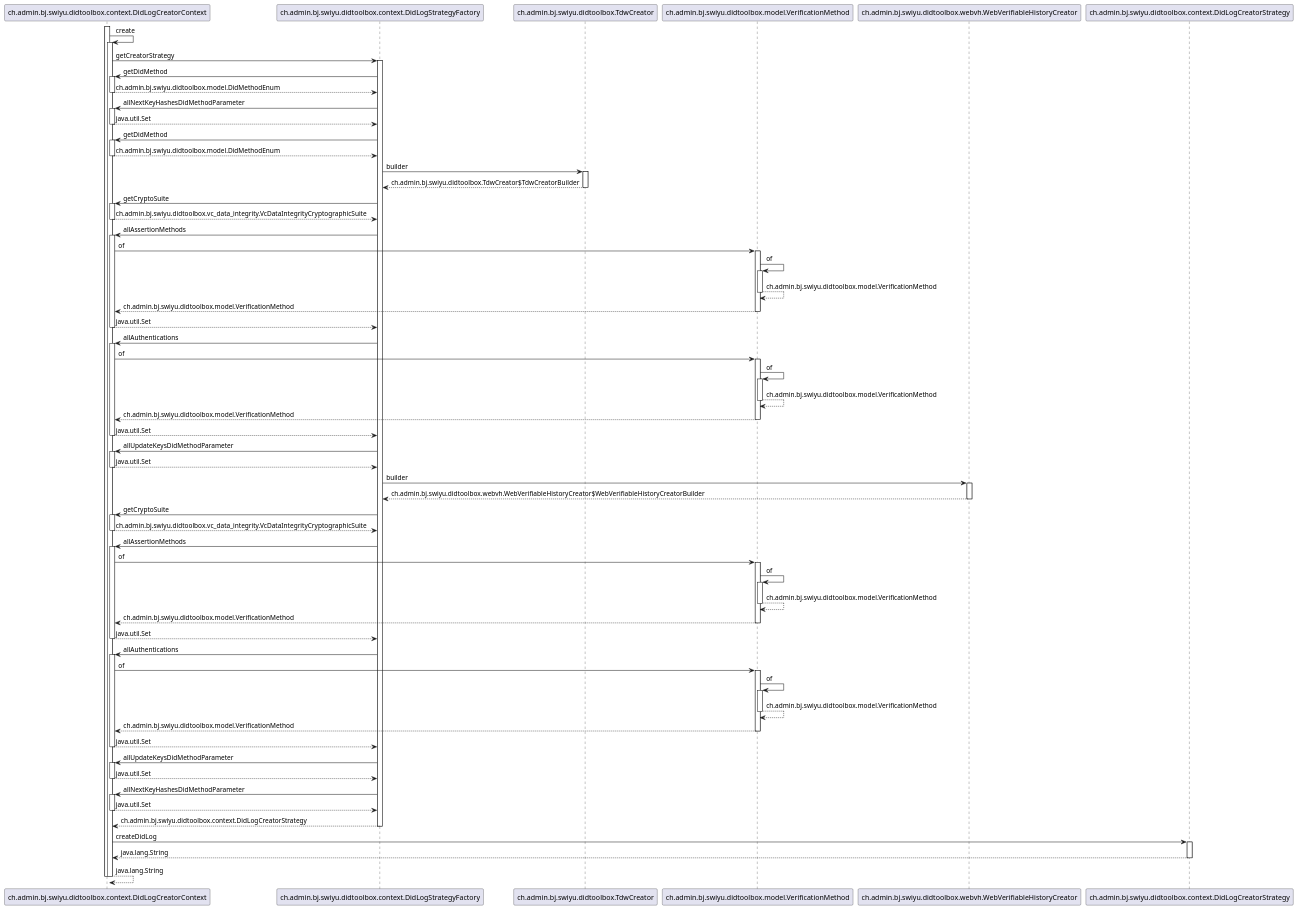
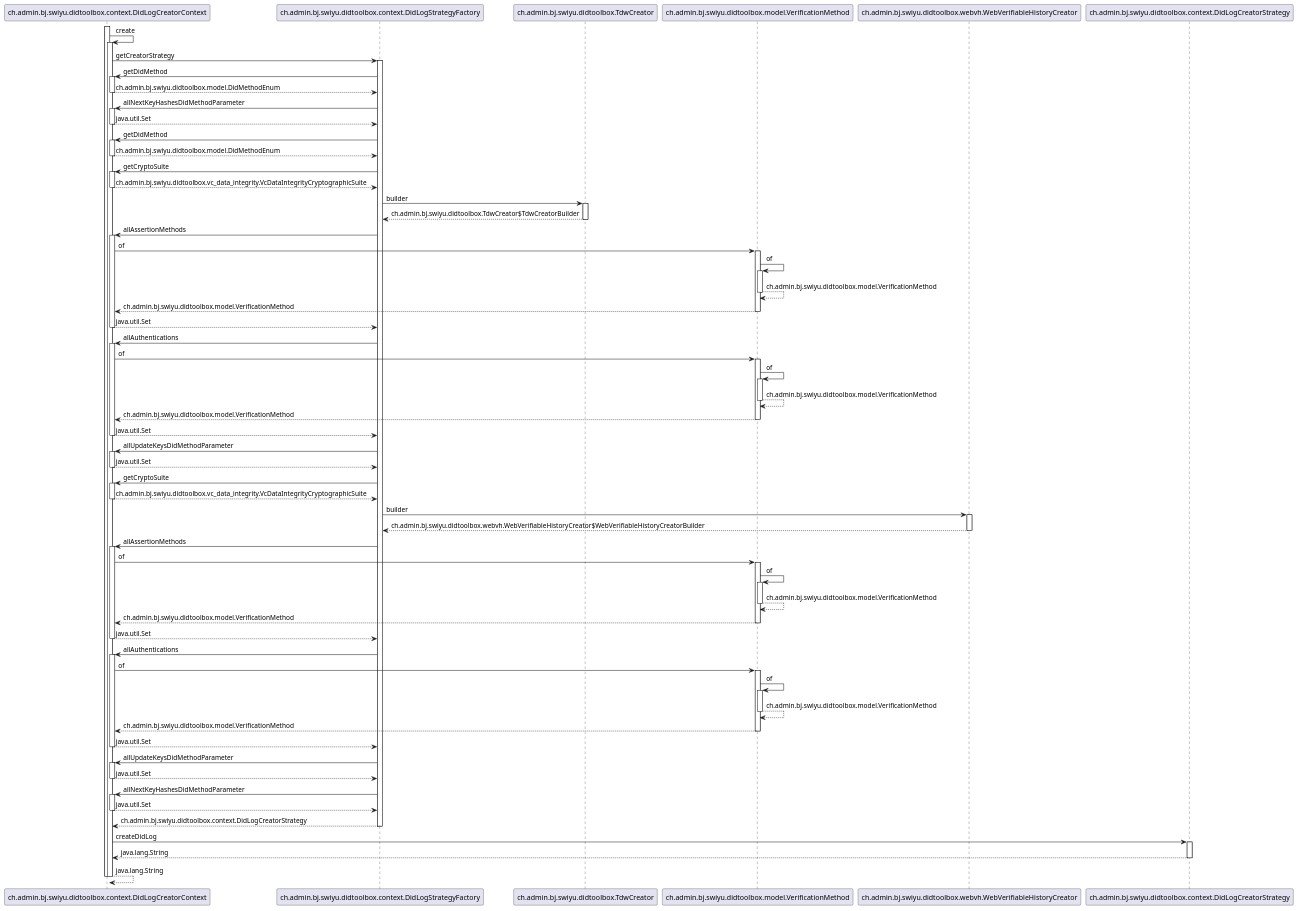
Before and after one commit to swiyu-admin-ch/didtoolbox-java: the diagram in src/main/plantuml/DidLogCreatorContext-create.puml, drawn with PlantUML. The commit also changed other lines of this file and 11 other files, not shown here.

```diff
--- a/src/main/plantuml/DidLogCreatorContext-create.puml
+++ b/src/main/plantuml/DidLogCreatorContext-create.puml
@@ -2,113 +2,113 @@
 @startuml
 
 participant ch.admin.bj.swiyu.didtoolbox.context.DidLogCreatorContext
 participant ch.admin.bj.swiyu.didtoolbox.context.DidLogStrategyFactory
 participant ch.admin.bj.swiyu.didtoolbox.TdwCreator
 participant ch.admin.bj.swiyu.didtoolbox.model.VerificationMethod
 participant ch.admin.bj.swiyu.didtoolbox.webvh.WebVerifiableHistoryCreator
 participant ch.admin.bj.swiyu.didtoolbox.context.DidLogCreatorStrategy
 
 activate ch.admin.bj.swiyu.didtoolbox.context.DidLogCreatorContext
 	ch.admin.bj.swiyu.didtoolbox.context.DidLogCreatorContext -> ch.admin.bj.swiyu.didtoolbox.context.DidLogCreatorContext : create
 	activate ch.admin.bj.swiyu.didtoolbox.context.DidLogCreatorContext
 		ch.admin.bj.swiyu.didtoolbox.context.DidLogCreatorContext -> ch.admin.bj.swiyu.didtoolbox.context.DidLogStrategyFactory : getCreatorStrategy
 		activate ch.admin.bj.swiyu.didtoolbox.context.DidLogStrategyFactory
 			ch.admin.bj.swiyu.didtoolbox.context.DidLogStrategyFactory -> ch.admin.bj.swiyu.didtoolbox.context.DidLogCreatorContext : getDidMethod
 			activate ch.admin.bj.swiyu.didtoolbox.context.DidLogCreatorContext
 				ch.admin.bj.swiyu.didtoolbox.context.DidLogCreatorContext --> ch.admin.bj.swiyu.didtoolbox.context.DidLogStrategyFactory : ch.admin.bj.swiyu.didtoolbox.model.DidMethodEnum
 			deactivate ch.admin.bj.swiyu.didtoolbox.context.DidLogCreatorContext
 			ch.admin.bj.swiyu.didtoolbox.context.DidLogStrategyFactory -> ch.admin.bj.swiyu.didtoolbox.context.DidLogCreatorContext : allNextKeyHashesDidMethodParameter
 			activate ch.admin.bj.swiyu.didtoolbox.context.DidLogCreatorContext
 				ch.admin.bj.swiyu.didtoolbox.context.DidLogCreatorContext --> ch.admin.bj.swiyu.didtoolbox.context.DidLogStrategyFactory : java.util.Set
 			deactivate ch.admin.bj.swiyu.didtoolbox.context.DidLogCreatorContext
 			ch.admin.bj.swiyu.didtoolbox.context.DidLogStrategyFactory -> ch.admin.bj.swiyu.didtoolbox.context.DidLogCreatorContext : getDidMethod
 			activate ch.admin.bj.swiyu.didtoolbox.context.DidLogCreatorContext
 				ch.admin.bj.swiyu.didtoolbox.context.DidLogCreatorContext --> ch.admin.bj.swiyu.didtoolbox.context.DidLogStrategyFactory : ch.admin.bj.swiyu.didtoolbox.model.DidMethodEnum
 			deactivate ch.admin.bj.swiyu.didtoolbox.context.DidLogCreatorContext
+			ch.admin.bj.swiyu.didtoolbox.context.DidLogStrategyFactory -> ch.admin.bj.swiyu.didtoolbox.context.DidLogCreatorContext : getCryptoSuite
+			activate ch.admin.bj.swiyu.didtoolbox.context.DidLogCreatorContext
+				ch.admin.bj.swiyu.didtoolbox.context.DidLogCreatorContext --> ch.admin.bj.swiyu.didtoolbox.context.DidLogStrategyFactory : ch.admin.bj.swiyu.didtoolbox.vc_data_integrity.VcDataIntegrityCryptographicSuite
+			deactivate ch.admin.bj.swiyu.didtoolbox.context.DidLogCreatorContext
 			ch.admin.bj.swiyu.didtoolbox.context.DidLogStrategyFactory -> ch.admin.bj.swiyu.didtoolbox.TdwCreator : builder
 			activate ch.admin.bj.swiyu.didtoolbox.TdwCreator
 				ch.admin.bj.swiyu.didtoolbox.TdwCreator --> ch.admin.bj.swiyu.didtoolbox.context.DidLogStrategyFactory : ch.admin.bj.swiyu.didtoolbox.TdwCreator$TdwCreatorBuilder
 			deactivate ch.admin.bj.swiyu.didtoolbox.TdwCreator
-			ch.admin.bj.swiyu.didtoolbox.context.DidLogStrategyFactory -> ch.admin.bj.swiyu.didtoolbox.context.DidLogCreatorContext : getCryptoSuite
-			activate ch.admin.bj.swiyu.didtoolbox.context.DidLogCreatorContext
-				ch.admin.bj.swiyu.didtoolbox.context.DidLogCreatorContext --> ch.admin.bj.swiyu.didtoolbox.context.DidLogStrategyFactory : ch.admin.bj.swiyu.didtoolbox.vc_data_integrity.VcDataIntegrityCryptographicSuite
-			deactivate ch.admin.bj.swiyu.didtoolbox.context.DidLogCreatorContext
 			ch.admin.bj.swiyu.didtoolbox.context.DidLogStrategyFactory -> ch.admin.bj.swiyu.didtoolbox.context.DidLogCreatorContext : allAssertionMethods
 			activate ch.admin.bj.swiyu.didtoolbox.context.DidLogCreatorContext
 				ch.admin.bj.swiyu.didtoolbox.context.DidLogCreatorContext -> ch.admin.bj.swiyu.didtoolbox.model.VerificationMethod : of
 				activate ch.admin.bj.swiyu.didtoolbox.model.VerificationMethod
 					ch.admin.bj.swiyu.didtoolbox.model.VerificationMethod -> ch.admin.bj.swiyu.didtoolbox.model.VerificationMethod : of
 					activate ch.admin.bj.swiyu.didtoolbox.model.VerificationMethod
 						ch.admin.bj.swiyu.didtoolbox.model.VerificationMethod --> ch.admin.bj.swiyu.didtoolbox.model.VerificationMethod : ch.admin.bj.swiyu.didtoolbox.model.VerificationMethod
 					deactivate ch.admin.bj.swiyu.didtoolbox.model.VerificationMethod
 					ch.admin.bj.swiyu.didtoolbox.model.VerificationMethod --> ch.admin.bj.swiyu.didtoolbox.context.DidLogCreatorContext : ch.admin.bj.swiyu.didtoolbox.model.VerificationMethod
 				deactivate ch.admin.bj.swiyu.didtoolbox.model.VerificationMethod
 				ch.admin.bj.swiyu.didtoolbox.context.DidLogCreatorContext --> ch.admin.bj.swiyu.didtoolbox.context.DidLogStrategyFactory : java.util.Set
 			deactivate ch.admin.bj.swiyu.didtoolbox.context.DidLogCreatorContext
 			ch.admin.bj.swiyu.didtoolbox.context.DidLogStrategyFactory -> ch.admin.bj.swiyu.didtoolbox.context.DidLogCreatorContext : allAuthentications
 			activate ch.admin.bj.swiyu.didtoolbox.context.DidLogCreatorContext
 				ch.admin.bj.swiyu.didtoolbox.context.DidLogCreatorContext -> ch.admin.bj.swiyu.didtoolbox.model.VerificationMethod : of
 				activate ch.admin.bj.swiyu.didtoolbox.model.VerificationMethod
 					ch.admin.bj.swiyu.didtoolbox.model.VerificationMethod -> ch.admin.bj.swiyu.didtoolbox.model.VerificationMethod : of
 					activate ch.admin.bj.swiyu.didtoolbox.model.VerificationMethod
 						ch.admin.bj.swiyu.didtoolbox.model.VerificationMethod --> ch.admin.bj.swiyu.didtoolbox.model.VerificationMethod : ch.admin.bj.swiyu.didtoolbox.model.VerificationMethod
 					deactivate ch.admin.bj.swiyu.didtoolbox.model.VerificationMethod
 					ch.admin.bj.swiyu.didtoolbox.model.VerificationMethod --> ch.admin.bj.swiyu.didtoolbox.context.DidLogCreatorContext : ch.admin.bj.swiyu.didtoolbox.model.VerificationMethod
 				deactivate ch.admin.bj.swiyu.didtoolbox.model.VerificationMethod
 				ch.admin.bj.swiyu.didtoolbox.context.DidLogCreatorContext --> ch.admin.bj.swiyu.didtoolbox.context.DidLogStrategyFactory : java.util.Set
 			deactivate ch.admin.bj.swiyu.didtoolbox.context.DidLogCreatorContext
 			ch.admin.bj.swiyu.didtoolbox.context.DidLogStrategyFactory -> ch.admin.bj.swiyu.didtoolbox.context.DidLogCreatorContext : allUpdateKeysDidMethodParameter
 			activate ch.admin.bj.swiyu.didtoolbox.context.DidLogCreatorContext
 				ch.admin.bj.swiyu.didtoolbox.context.DidLogCreatorContext --> ch.admin.bj.swiyu.didtoolbox.context.DidLogStrategyFactory : java.util.Set
 			deactivate ch.admin.bj.swiyu.didtoolbox.context.DidLogCreatorContext
+			ch.admin.bj.swiyu.didtoolbox.context.DidLogStrategyFactory -> ch.admin.bj.swiyu.didtoolbox.context.DidLogCreatorContext : getCryptoSuite
+			activate ch.admin.bj.swiyu.didtoolbox.context.DidLogCreatorContext
+				ch.admin.bj.swiyu.didtoolbox.context.DidLogCreatorContext --> ch.admin.bj.swiyu.didtoolbox.context.DidLogStrategyFactory : ch.admin.bj.swiyu.didtoolbox.vc_data_integrity.VcDataIntegrityCryptographicSuite
+			deactivate ch.admin.bj.swiyu.didtoolbox.context.DidLogCreatorContext
 			ch.admin.bj.swiyu.didtoolbox.context.DidLogStrategyFactory -> ch.admin.bj.swiyu.didtoolbox.webvh.WebVerifiableHistoryCreator : builder
 			activate ch.admin.bj.swiyu.didtoolbox.webvh.WebVerifiableHistoryCreator
 				ch.admin.bj.swiyu.didtoolbox.webvh.WebVerifiableHistoryCreator --> ch.admin.bj.swiyu.didtoolbox.context.DidLogStrategyFactory : ch.admin.bj.swiyu.didtoolbox.webvh.WebVerifiableHistoryCreator$WebVerifiableHistoryCreatorBuilder
 			deactivate ch.admin.bj.swiyu.didtoolbox.webvh.WebVerifiableHistoryCreator
-			ch.admin.bj.swiyu.didtoolbox.context.DidLogStrategyFactory -> ch.admin.bj.swiyu.didtoolbox.context.DidLogCreatorContext : getCryptoSuite
-			activate ch.admin.bj.swiyu.didtoolbox.context.DidLogCreatorContext
-				ch.admin.bj.swiyu.didtoolbox.context.DidLogCreatorContext --> ch.admin.bj.swiyu.didtoolbox.context.DidLogStrategyFactory : ch.admin.bj.swiyu.didtoolbox.vc_data_integrity.VcDataIntegrityCryptographicSuite
-			deactivate ch.admin.bj.swiyu.didtoolbox.context.DidLogCreatorContext
 			ch.admin.bj.swiyu.didtoolbox.context.DidLogStrategyFactory -> ch.admin.bj.swiyu.didtoolbox.context.DidLogCreatorContext : allAssertionMethods
 			activate ch.admin.bj.swiyu.didtoolbox.context.DidLogCreatorContext
 				ch.admin.bj.swiyu.didtoolbox.context.DidLogCreatorContext -> ch.admin.bj.swiyu.didtoolbox.model.VerificationMethod : of
 				activate ch.admin.bj.swiyu.didtoolbox.model.VerificationMethod
 					ch.admin.bj.swiyu.didtoolbox.model.VerificationMethod -> ch.admin.bj.swiyu.didtoolbox.model.VerificationMethod : of
 					activate ch.admin.bj.swiyu.didtoolbox.model.VerificationMethod
 						ch.admin.bj.swiyu.didtoolbox.model.VerificationMethod --> ch.admin.bj.swiyu.didtoolbox.model.VerificationMethod : ch.admin.bj.swiyu.didtoolbox.model.VerificationMethod
 					deactivate ch.admin.bj.swiyu.didtoolbox.model.VerificationMethod
 					ch.admin.bj.swiyu.didtoolbox.model.VerificationMethod --> ch.admin.bj.swiyu.didtoolbox.context.DidLogCreatorContext : ch.admin.bj.swiyu.didtoolbox.model.VerificationMethod
 				deactivate ch.admin.bj.swiyu.didtoolbox.model.VerificationMethod
 				ch.admin.bj.swiyu.didtoolbox.context.DidLogCreatorContext --> ch.admin.bj.swiyu.didtoolbox.context.DidLogStrategyFactory : java.util.Set
 			deactivate ch.admin.bj.swiyu.didtoolbox.context.DidLogCreatorContext
 			ch.admin.bj.swiyu.didtoolbox.context.DidLogStrategyFactory -> ch.admin.bj.swiyu.didtoolbox.context.DidLogCreatorContext : allAuthentications
 			activate ch.admin.bj.swiyu.didtoolbox.context.DidLogCreatorContext
 				ch.admin.bj.swiyu.didtoolbox.context.DidLogCreatorContext -> ch.admin.bj.swiyu.didtoolbox.model.VerificationMethod : of
 				activate ch.admin.bj.swiyu.didtoolbox.model.VerificationMethod
 					ch.admin.bj.swiyu.didtoolbox.model.VerificationMethod -> ch.admin.bj.swiyu.didtoolbox.model.VerificationMethod : of
 					activate ch.admin.bj.swiyu.didtoolbox.model.VerificationMethod
 						ch.admin.bj.swiyu.didtoolbox.model.VerificationMethod --> ch.admin.bj.swiyu.didtoolbox.model.VerificationMethod : ch.admin.bj.swiyu.didtoolbox.model.VerificationMethod
 					deactivate ch.admin.bj.swiyu.didtoolbox.model.VerificationMethod
 					ch.admin.bj.swiyu.didtoolbox.model.VerificationMethod --> ch.admin.bj.swiyu.didtoolbox.context.DidLogCreatorContext : ch.admin.bj.swiyu.didtoolbox.model.VerificationMethod
 				deactivate ch.admin.bj.swiyu.didtoolbox.model.VerificationMethod
 				ch.admin.bj.swiyu.didtoolbox.context.DidLogCreatorContext --> ch.admin.bj.swiyu.didtoolbox.context.DidLogStrategyFactory : java.util.Set
 			deactivate ch.admin.bj.swiyu.didtoolbox.context.DidLogCreatorContext
 			ch.admin.bj.swiyu.didtoolbox.context.DidLogStrategyFactory -> ch.admin.bj.swiyu.didtoolbox.context.DidLogCreatorContext : allUpdateKeysDidMethodParameter
 			activate ch.admin.bj.swiyu.didtoolbox.context.DidLogCreatorContext
 				ch.admin.bj.swiyu.didtoolbox.context.DidLogCreatorContext --> ch.admin.bj.swiyu.didtoolbox.context.DidLogStrategyFactory : java.util.Set
 			deactivate ch.admin.bj.swiyu.didtoolbox.context.DidLogCreatorContext
 			ch.admin.bj.swiyu.didtoolbox.context.DidLogStrategyFactory -> ch.admin.bj.swiyu.didtoolbox.context.DidLogCreatorContext : allNextKeyHashesDidMethodParameter
 			activate ch.admin.bj.swiyu.didtoolbox.context.DidLogCreatorContext
 				ch.admin.bj.swiyu.didtoolbox.context.DidLogCreatorContext --> ch.admin.bj.swiyu.didtoolbox.context.DidLogStrategyFactory : java.util.Set
 			deactivate ch.admin.bj.swiyu.didtoolbox.context.DidLogCreatorContext
 			ch.admin.bj.swiyu.didtoolbox.context.DidLogStrategyFactory --> ch.admin.bj.swiyu.didtoolbox.context.DidLogCreatorContext : ch.admin.bj.swiyu.didtoolbox.context.DidLogCreatorStrategy
 		deactivate ch.admin.bj.swiyu.didtoolbox.context.DidLogStrategyFactory
 		ch.admin.bj.swiyu.didtoolbox.context.DidLogCreatorContext -> ch.admin.bj.swiyu.didtoolbox.context.DidLogCreatorStrategy : createDidLog
 		activate ch.admin.bj.swiyu.didtoolbox.context.DidLogCreatorStrategy
 			ch.admin.bj.swiyu.didtoolbox.context.DidLogCreatorStrategy --> ch.admin.bj.swiyu.didtoolbox.context.DidLogCreatorContext : java.lang.String
 		deactivate ch.admin.bj.swiyu.didtoolbox.context.DidLogCreatorStrategy
 		ch.admin.bj.swiyu.didtoolbox.context.DidLogCreatorContext --> ch.admin.bj.swiyu.didtoolbox.context.DidLogCreatorContext : java.lang.String
 	deactivate ch.admin.bj.swiyu.didtoolbox.context.DidLogCreatorContext
 deactivate ch.admin.bj.swiyu.didtoolbox.context.DidLogCreatorContext
 
 @enduml
```
